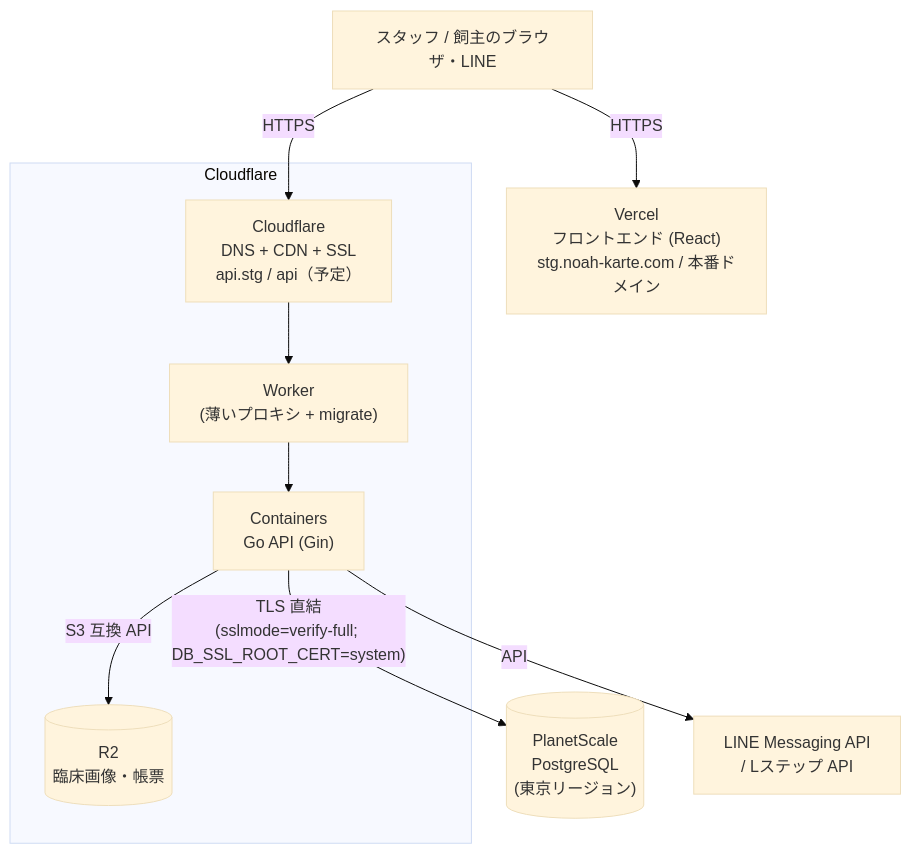
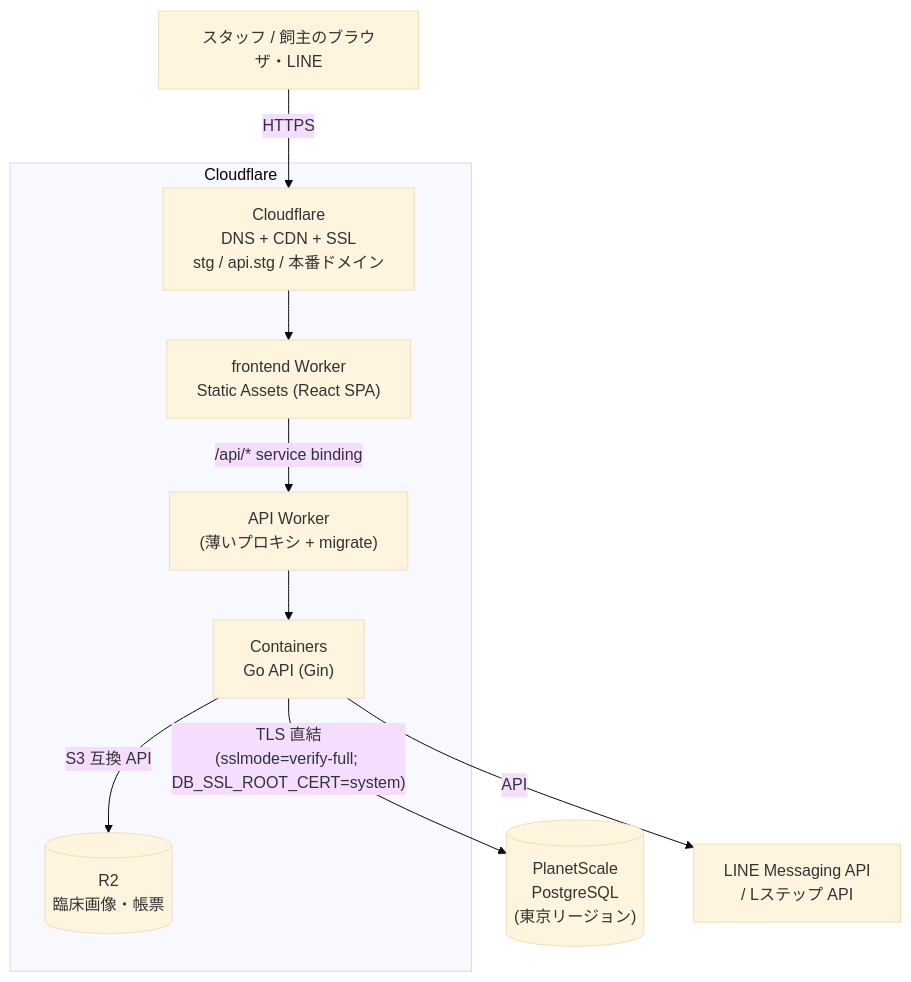
Before and after one commit to MinoruSoga/AnimalEkarte: the diagram in docs/delivery/DELIVERY_PACKAGE.md, drawn with Mermaid (base theme). The commit also changed other lines of this file and 4 other files, not shown here.

````diff
--- a/docs/delivery/DELIVERY_PACKAGE.md
+++ b/docs/delivery/DELIVERY_PACKAGE.md
@@ -29,14 +29,14 @@
 ```mermaid
 flowchart TB
-  User[スタッフ / 飼主のブラウザ・LINE] -->|HTTPS| Vercel["Vercel<br/>フロントエンド (React)<br/>stg.noah-karte.com / 本番ドメイン"]
-  User -->|HTTPS| CFDNS["Cloudflare<br/>DNS + CDN + SSL<br/>api.stg / api（予定）"]
+  User[スタッフ / 飼主のブラウザ・LINE] -->|HTTPS| CFDNS["Cloudflare<br/>DNS + CDN + SSL<br/>stg / api.stg / 本番ドメイン"]
 
   subgraph CF[Cloudflare]
-    CFDNS --> Worker["Worker<br/>(薄いプロキシ + migrate)"]
+    CFDNS --> FEW["frontend Worker<br/>Static Assets (React SPA)"]
+    FEW -->|"/api/* service binding"| Worker["API Worker<br/>(薄いプロキシ + migrate)"]
     Worker --> Container["Containers<br/>Go API (Gin)"]
     Container -->|"S3 互換 API"| R2[("R2<br/>臨床画像・帳票")]
   end
 
   Container -->|"TLS 直結<br/>(sslmode=verify-full; DB_SSL_ROOT_CERT=system)"| PS[("PlanetScale<br/>PostgreSQL<br/>(東京リージョン)")]
   Container -->|API| LINE["LINE Messaging API<br/>/ Lステップ API"]
 ```
````
